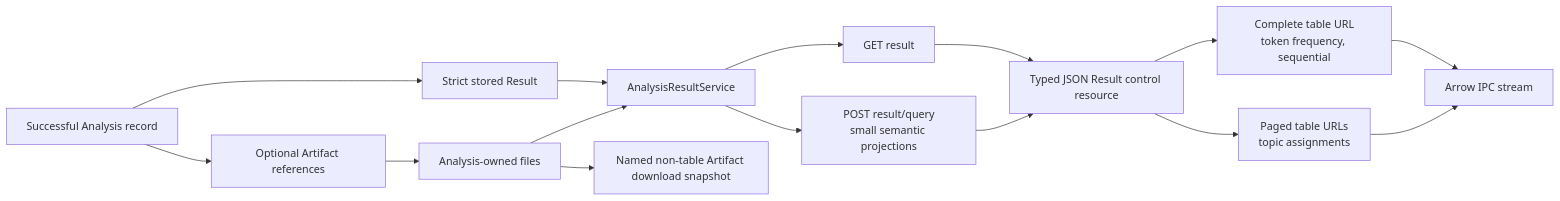
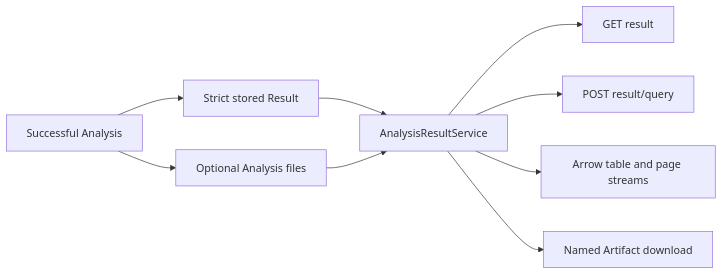
Before and after one commit to Australian-Text-Analytics-Platform/ldaca_web_app: the fifth of 5 diagrams in docs/architecture/backend/analysis-data-flow.md, drawn with Mermaid. The commit also changed other lines of this file and 26 other files, not shown here.

Commit message:
docs: record tab-owned analysis result lifecycle

````diff
--- a/docs/architecture/backend/analysis-data-flow.md
+++ b/docs/architecture/backend/analysis-data-flow.md
@@ -73,17 +130,11 @@
 ```mermaid
 flowchart LR
-    RECORD["Successful Analysis record"] --> STORED["Strict stored Result"]
-    RECORD --> REFS["Optional Artifact references"]
-    REFS --> FILES["Analysis-owned files"]
+    RECORD["Successful Analysis"] --> STORED["Strict stored Result"]
+    RECORD --> FILES["Optional Analysis files"]
     STORED --> SERVICE["AnalysisResultService"]
     FILES --> SERVICE
     SERVICE --> DEFAULT["GET result"]
-    SERVICE --> QUERY["POST result/query<br/>small semantic projections"]
-    DEFAULT --> PUBLIC["Typed JSON Result control resource"]
-    QUERY --> PUBLIC
-    PUBLIC --> COMPLETE["Complete table URL<br/>token frequency, sequential"]
-    PUBLIC --> PAGED["Paged table URLs<br/>topic assignments"]
-    COMPLETE --> IPC["Arrow IPC stream"]
-    PAGED --> IPC
-    FILES --> DOWNLOAD["Named non-table Artifact download snapshot"]
+    SERVICE --> QUERY["POST result/query"]
+    SERVICE --> TABLE["Arrow table and page streams"]
+    SERVICE --> DOWNLOAD["Named Artifact download"]
 ```
````
